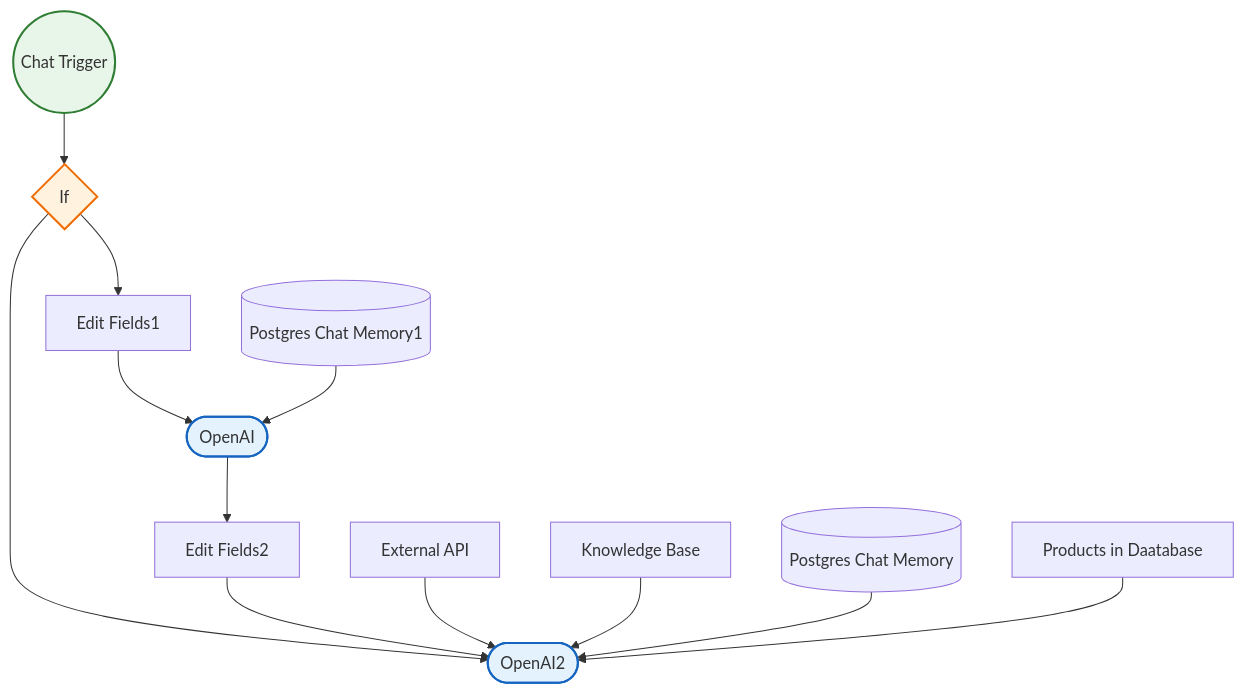
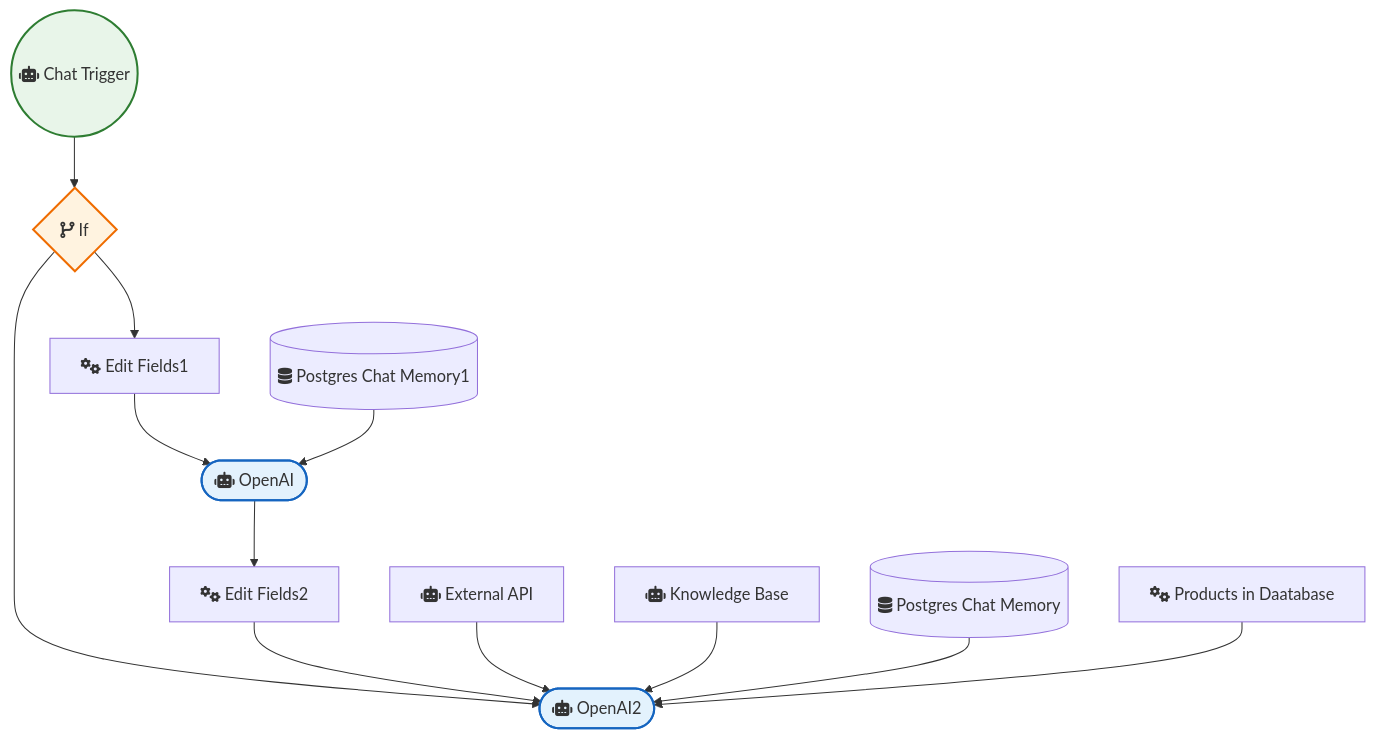
Before and after one commit to sreyash3105/N8N-DEMO-AUTOMATIONS: the diagram in OpenAI_and_LLMs/Modelo Do Chatbot.md, drawn with Mermaid. The commit also changed 291 other files, not shown here.

````diff
--- a/OpenAI_and_LLMs/Modelo Do Chatbot.md
+++ b/OpenAI_and_LLMs/Modelo Do Chatbot.md
@@ -1,30 +1,30 @@
 ```mermaid
 graph TD
     classDef trigger fill:#e8f5e9,stroke:#2e7d32,stroke-width:2px;
     classDef ai fill:#e3f2fd,stroke:#1565c0,stroke-width:2px;
     classDef logic fill:#fff3e0,stroke:#ef6c00,stroke-width:2px;
 
-    If{"If"}:::logic
-    Edit_Fields1["Edit Fields1"]
-    Edit_Fields2["Edit Fields2"]
-    OpenAI(["OpenAI"]):::ai
-    Chat_Trigger(("Chat Trigger")):::trigger
-    Postgres_Chat_Memory[("Postgres Chat Memory")]
-    Postgres_Chat_Memory1[("Postgres Chat Memory1")]
-    Products_in_Daatabase["Products in Daatabase"]
-    Knowledge_Base["Knowledge Base"]
-    External_API["External API"]
-    OpenAI2(["OpenAI2"]):::ai
+    If{"fas:fa-code-branch If"}:::logic
+    Edit_Fields1["fas:fa-cogs Edit Fields1"]
+    Edit_Fields2["fas:fa-cogs Edit Fields2"]
+    OpenAI(["fas:fa-robot OpenAI"]):::ai
+    Chat_Trigger(("fas:fa-robot Chat Trigger")):::trigger
+    Postgres_Chat_Memory[("fas:fa-database Postgres Chat Memory")]
+    Postgres_Chat_Memory1[("fas:fa-database Postgres Chat Memory1")]
+    Products_in_Daatabase["fas:fa-cogs Products in Daatabase"]
+    Knowledge_Base["fas:fa-robot Knowledge Base"]
+    External_API["fas:fa-robot External API"]
+    OpenAI2(["fas:fa-robot OpenAI2"]):::ai
 
     If --> Edit_Fields1
     If --> OpenAI2
     OpenAI --> Edit_Fields2
     Chat_Trigger --> If
     Edit_Fields1 --> OpenAI
     Edit_Fields2 --> OpenAI2
     External_API --> OpenAI2
     Knowledge_Base --> OpenAI2
     Postgres_Chat_Memory --> OpenAI2
     Postgres_Chat_Memory1 --> OpenAI
     Products_in_Daatabase --> OpenAI2
 ```
````
